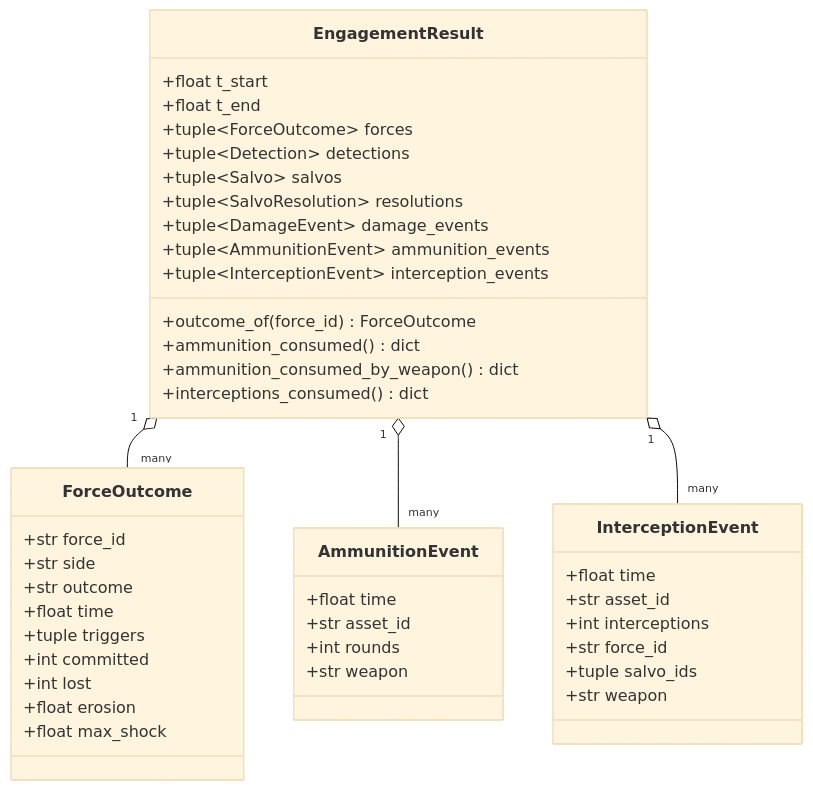
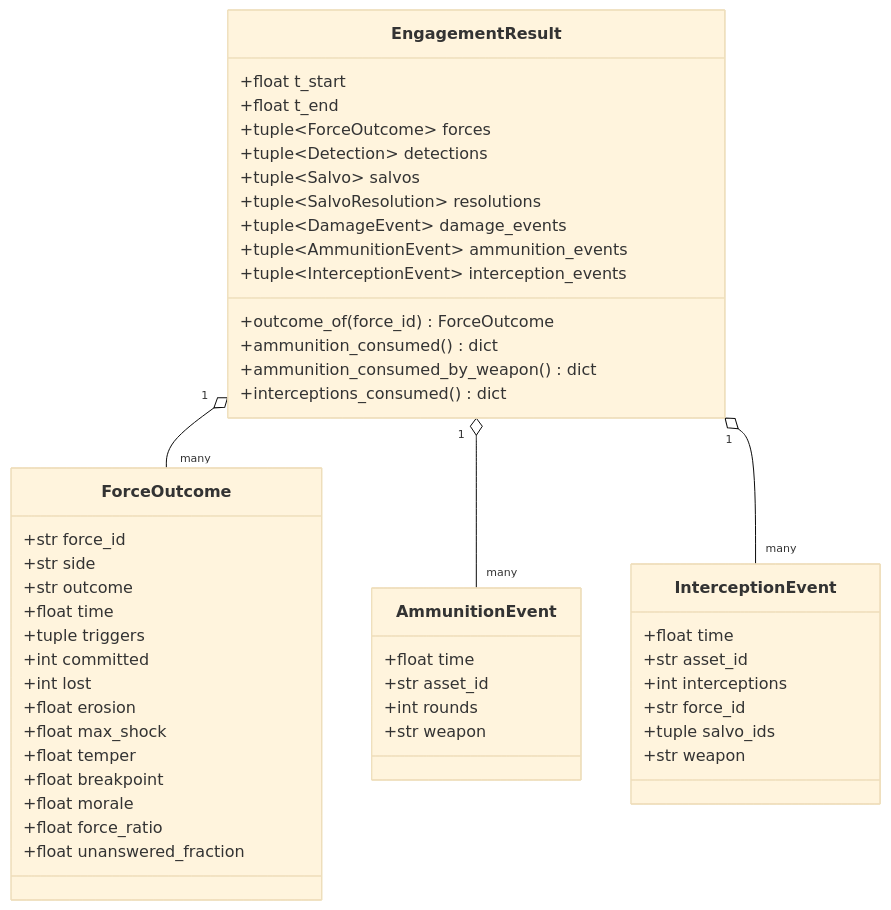
Before and after one commit to MakusIV/Warfare-Model: the second of 14 diagrams in Analysis/Document/Manuale_Motore_DES/05_Strato2_Risolutore_Ingaggio.md, drawn with Mermaid (base theme). The commit also changed other lines of this file and 10 other files, not shown here.

````diff
--- a/Analysis/Document/Manuale_Motore_DES/05_Strato2_Risolutore_Ingaggio.md
+++ b/Analysis/Document/Manuale_Motore_DES/05_Strato2_Risolutore_Ingaggio.md
@@ -313,50 +429,55 @@
 ```mermaid
 classDiagram
     class ForceOutcome {
         +str force_id
         +str side
         +str outcome
         +float time
         +tuple triggers
         +int committed
         +int lost
         +float erosion
         +float max_shock
+        +float temper
+        +float breakpoint
+        +float morale
+        +float force_ratio
+        +float unanswered_fraction
     }
 
     class AmmunitionEvent {
         +float time
         +str asset_id
         +int rounds
         +str weapon
     }
 
     class InterceptionEvent {
         +float time
         +str asset_id
         +int interceptions
         +str force_id
         +tuple salvo_ids
         +str weapon
     }
 
     class EngagementResult {
         +float t_start
         +float t_end
         +tuple~ForceOutcome~ forces
         +tuple~Detection~ detections
         +tuple~Salvo~ salvos
         +tuple~SalvoResolution~ resolutions
         +tuple~DamageEvent~ damage_events
         +tuple~AmmunitionEvent~ ammunition_events
         +tuple~InterceptionEvent~ interception_events
         +outcome_of(force_id) ForceOutcome
         +ammunition_consumed() dict
         +ammunition_consumed_by_weapon() dict
         +interceptions_consumed() dict
     }
 
     EngagementResult "1" o-- "many" ForceOutcome
     EngagementResult "1" o-- "many" AmmunitionEvent
     EngagementResult "1" o-- "many" InterceptionEvent
 ```
````
